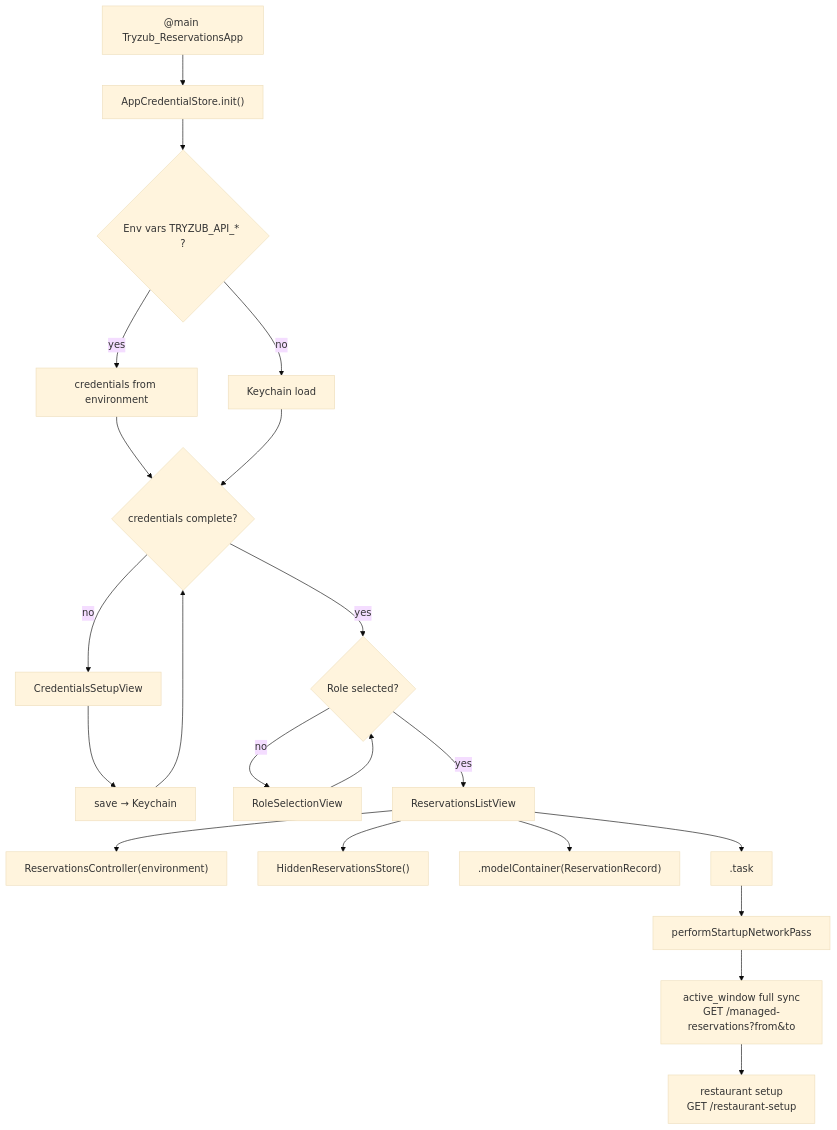
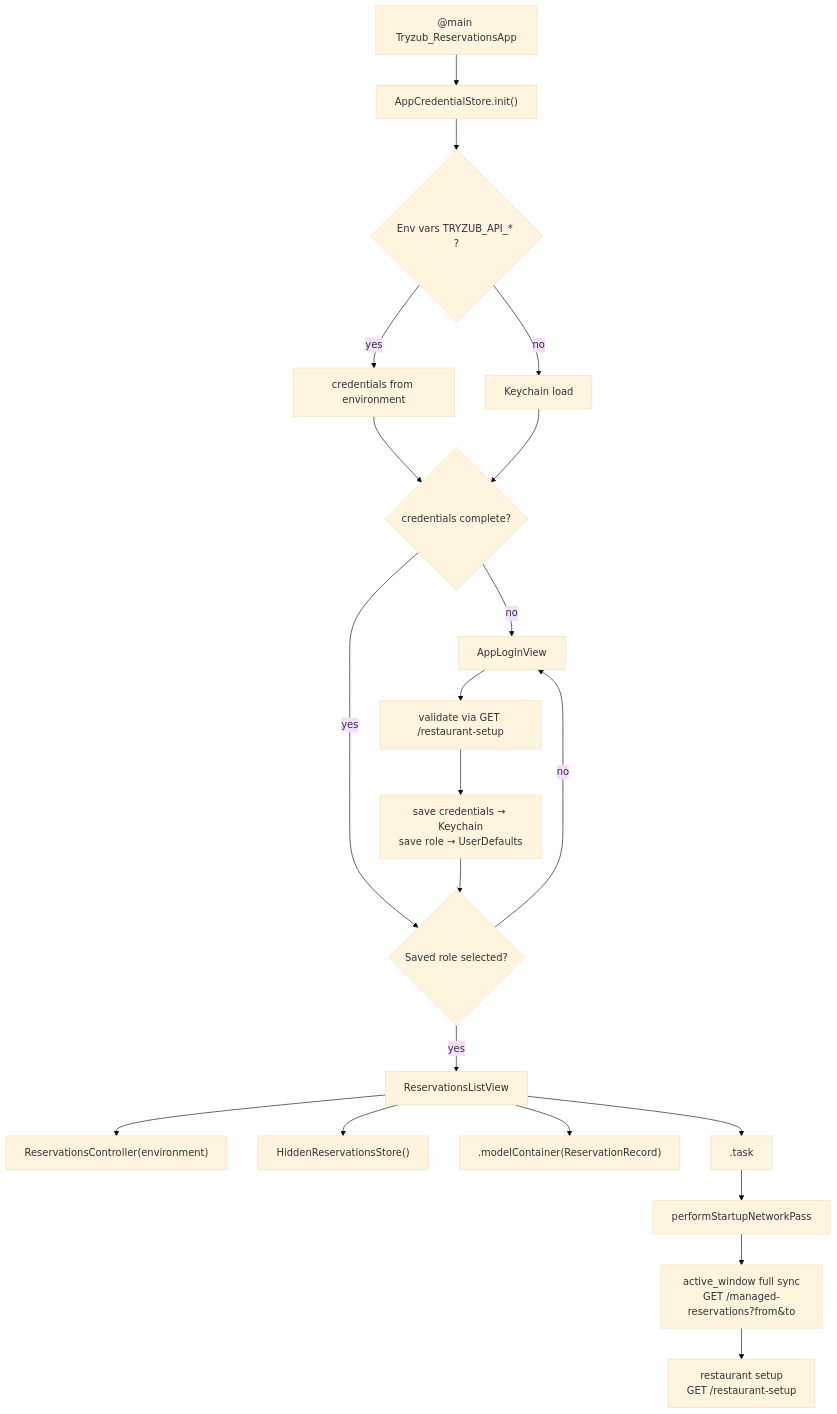
One commit to bohdan462/Reservation-iOS-App changed the second of 12 diagrams in ARCHITECTURE_DIAGRAMS.md. Above: the diagram before and after it, drawn with Mermaid (base theme). The commit also changed other lines of this file and 11 other files, not shown here.

````diff
--- a/ARCHITECTURE_DIAGRAMS.md
+++ b/ARCHITECTURE_DIAGRAMS.md
@@ -80,23 +83,24 @@
 ```mermaid
 flowchart TD
     A["@main Tryzub_ReservationsApp"] --> B["AppCredentialStore.init()"]
     B --> C{Env vars TRYZUB_API_* ?}
     C -->|yes| D["credentials from environment"]
     C -->|no| E["Keychain load"]
     D --> F{credentials complete?}
     E --> F
-    F -->|no| G["CredentialsSetupView"]
-    G --> H["save → Keychain"]
-    H --> F
-    F -->|yes| Role{Role selected?}
-    Role -->|no| R["RoleSelectionView"]
-    R --> Role
-    Role -->|yes| I["ReservationsListView"]
+    F -->|no| G["AppLoginView"]
+    Role0{Saved role selected?}
+    F -->|yes| Role0
+    Role0 -->|no| G
+    G --> V["validate via GET /restaurant-setup"]
+    V --> H["save credentials → Keychain<br/>save role → UserDefaults"]
+    H --> Role0
+    Role0 -->|yes| I["ReservationsListView"]
     I --> J["ReservationsController(environment)"]
     I --> K["HiddenReservationsStore()"]
     I --> L[".modelContainer(ReservationRecord)"]
     I --> M[".task"]
     M --> N["performStartupNetworkPass"]
     N --> O["active_window full sync<br/>GET /managed-reservations?from&to"]
     O --> P["restaurant setup<br/>GET /restaurant-setup"]
 ```
````
